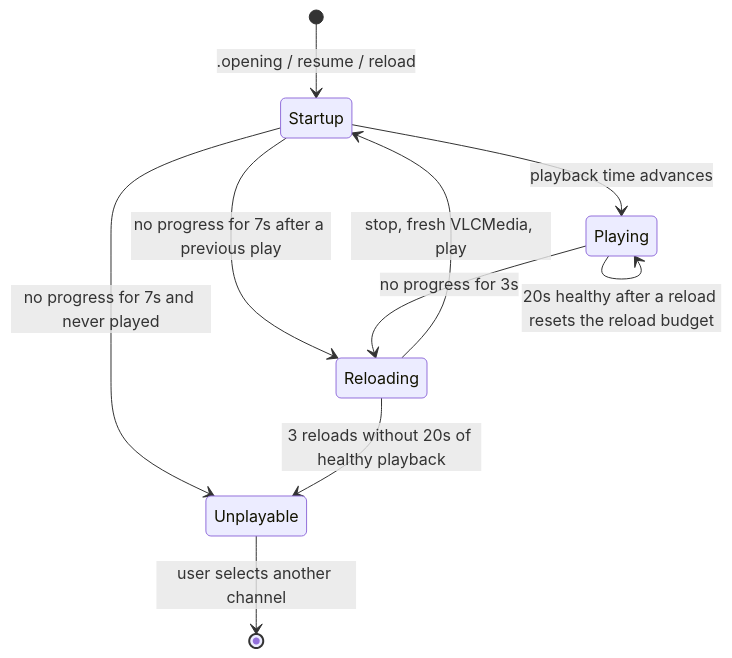
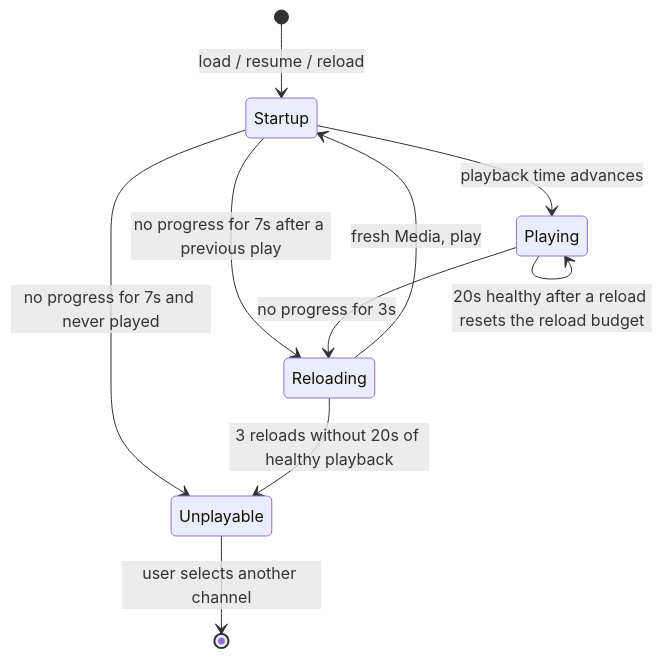
Before and after one commit to ehellyer/heck-yeah-tv: the second of 2 diagrams in Docs/MediaPlayback.md, drawn with Mermaid. The commit also changed other lines of this file and 9 other files, not shown here.

````diff
--- a/Docs/MediaPlayback.md
+++ b/Docs/MediaPlayback.md
@@ -111,12 +112,12 @@
 ```mermaid
 stateDiagram-v2
-    [*] --> Startup: .opening / resume / reload
+    [*] --> Startup: load / resume / reload
     Startup --> Playing: playback time advances
     Startup --> Unplayable: no progress for 7s and never played
     Startup --> Reloading: no progress for 7s after a previous play
     Playing --> Reloading: no progress for 3s
-    Reloading --> Startup: stop, fresh VLCMedia, play
+    Reloading --> Startup: fresh Media, play
     Reloading --> Unplayable: 3 reloads without 20s of healthy playback
     Playing --> Playing: 20s healthy after a reload resets the reload budget
     Unplayable --> [*]: user selects another channel
 ```
````
